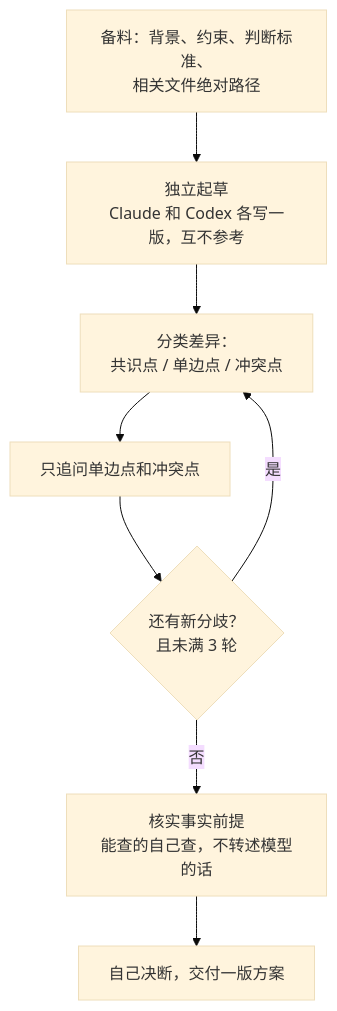
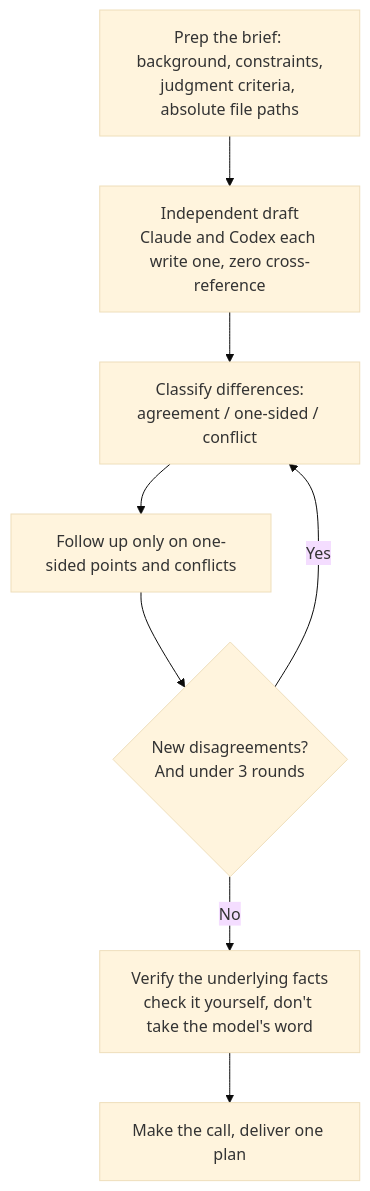
The first of 2 diagrams in README.md (jiayx01/codex-claude-skills), drawn with Mermaid (base theme) before and after one commit. The commit also changed other lines of this file and 3 other files, not shown here.

````diff
--- a/README.md
+++ b/README.md
@@ -28,10 +30,10 @@
 ```mermaid
 flowchart TD
-    A["备料：背景、约束、判断标准、<br/>相关文件绝对路径"] --> B["独立起草<br/>Claude 和 Codex 各写一版，互不参考"]
-    B --> C["分类差异：<br/>共识点 / 单边点 / 冲突点"]
-    C --> D["只追问单边点和冲突点"]
-    D --> E{"还有新分歧？<br/>且未满 3 轮"}
-    E -->|是| C
-    E -->|否| F["核实事实前提<br/>能查的自己查，不转述模型的话"]
-    F --> G["自己决断，交付一版方案"]
+    A["Prep the brief: background, constraints,<br/>judgment criteria, absolute file paths"] --> B["Independent draft<br/>Claude and Codex each write one, zero cross-reference"]
+    B --> C["Classify differences:<br/>agreement / one-sided / conflict"]
+    C --> D["Follow up only on one-sided points and conflicts"]
+    D --> E{"New disagreements?<br/>And under 3 rounds"}
+    E -->|Yes| C
+    E -->|No| F["Verify the underlying facts<br/>check it yourself, don't take the model's word"]
+    F --> G["Make the call, deliver one plan"]
 ```
````
